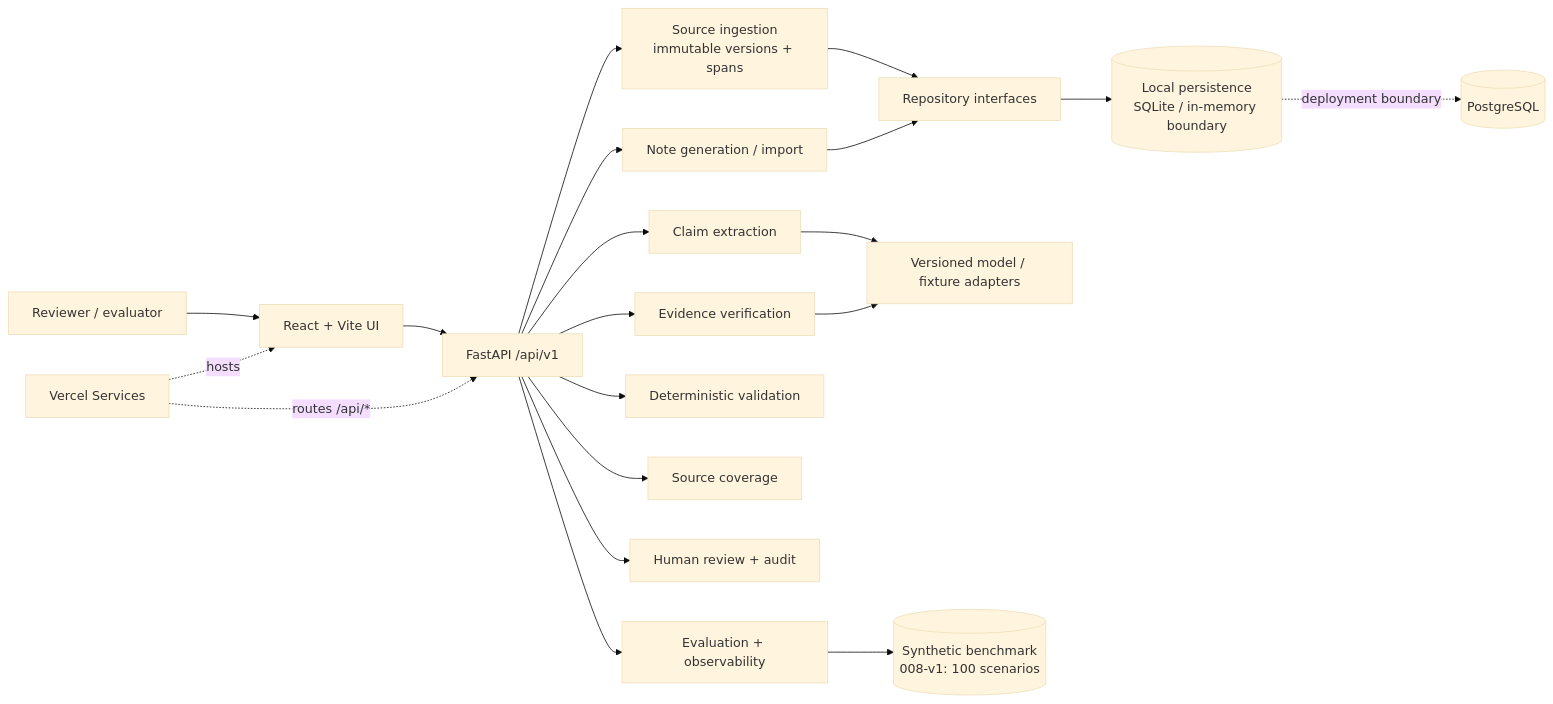
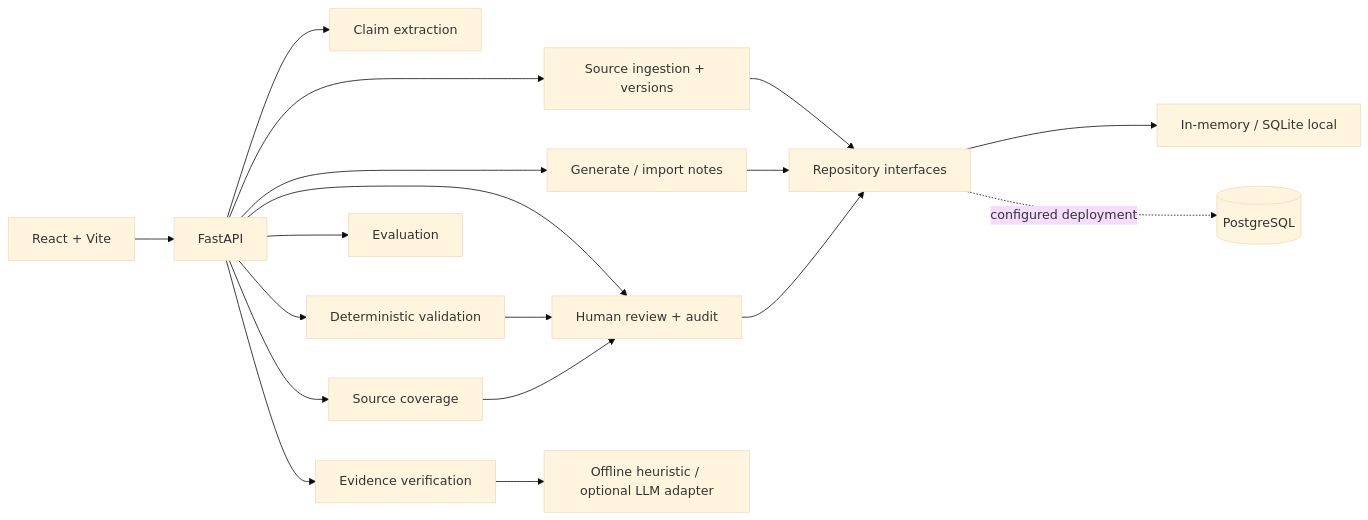
The diagram in README.md (mmaazkhanhere/dexter-guard), drawn with Mermaid (base theme) before and after one commit. The commit also changed other lines of this file and 4 other files, not shown here.

````diff
--- a/README.md
+++ b/README.md
@@ -46,25 +35,20 @@
 ```mermaid
 flowchart LR
-    User[Reviewer / evaluator] --> UI[React + Vite UI]
-    UI --> API[FastAPI /api/v1]
-
-    API --> Source[Source ingestion\nimmutable versions + spans]
-    API --> Notes[Note generation / import]
+    UI[React + Vite] --> API[FastAPI]
+    API --> Source[Source ingestion + versions]
+    API --> Notes[Generate / import notes]
     API --> Claims[Claim extraction]
-    API --> Evidence[Evidence verification]
+    API --> Verify[Evidence verification]
     API --> Rules[Deterministic validation]
     API --> Coverage[Source coverage]
     API --> Review[Human review + audit]
-    API --> Eval[Evaluation + observability]
-
-    Source --> Repo[Repository interfaces]
-    Notes --> Repo
-    Claims --> Adapters[Versioned model / fixture adapters]
-    Evidence --> Adapters
-    Eval --> Dataset[(Synthetic benchmark\n008-v1: 100 scenarios)]
-    Repo --> Storage[(Local persistence\nSQLite / in-memory boundary)]
-    Storage -. deployment boundary .-> Postgres[(PostgreSQL)]
-
-    Vercel[Vercel Services] -. hosts .-> UI
-    Vercel -. routes /api/* .-> API
+    API --> Eval[Evaluation]
+    Verify --> Providers[Offline heuristic / optional LLM adapter]
+    Rules --> Review
+    Coverage --> Review
+    Source --> Store[Repository interfaces]
+    Notes --> Store
+    Review --> Store
+    Store --> Local[In-memory / SQLite local]
+    Store -. configured deployment .-> PG[(PostgreSQL)]
 ```
````
